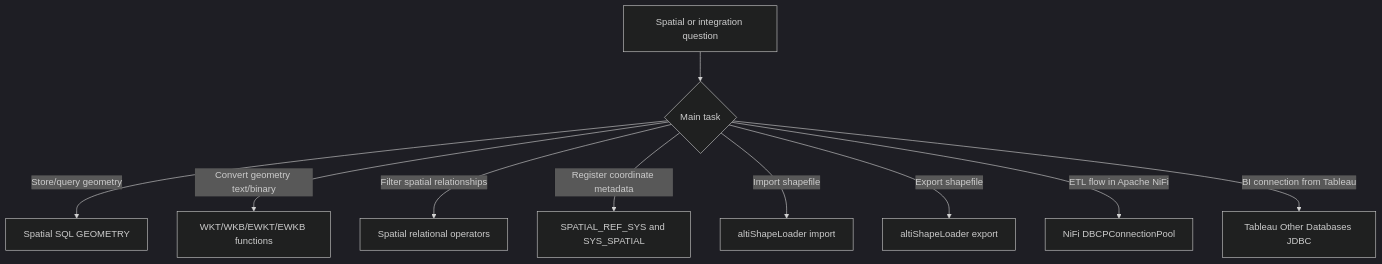
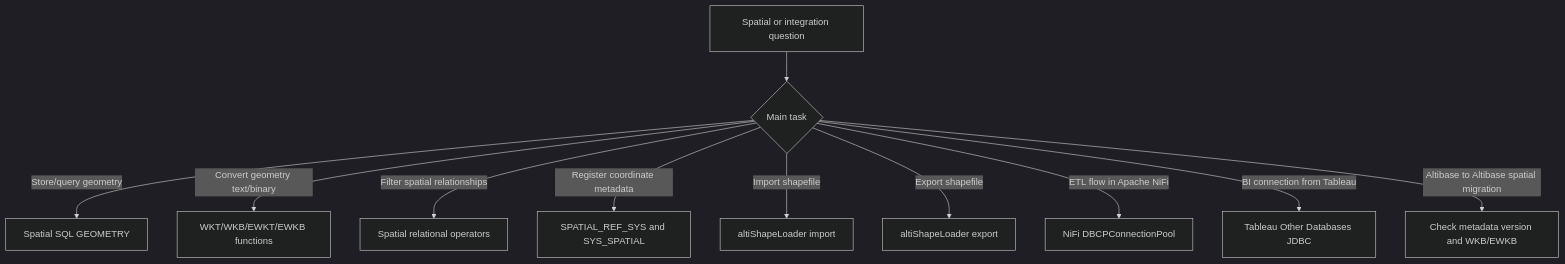
The first of 2 diagrams in GPTs/attachments/19_spatial_nifi_tableau_misc.md (et16kr/AltibaseDocuments), drawn with Mermaid (dark theme) before and after one commit. The commit also changed other lines of this file and 5 other files, not shown here.

Commit message:
J039 expand migration spatial integrations

````diff
--- a/GPTs/attachments/19_spatial_nifi_tableau_misc.md
+++ b/GPTs/attachments/19_spatial_nifi_tableau_misc.md
@@ -38,12 +39,13 @@
 ```mermaid
 flowchart TD
   A[Spatial or integration question] --> B{Main task}
   B -- Store/query geometry --> C[Spatial SQL GEOMETRY]
   B -- Convert geometry text/binary --> D[WKT/WKB/EWKT/EWKB functions]
   B -- Filter spatial relationships --> E[Spatial relational operators]
   B -- Register coordinate metadata --> F[SPATIAL_REF_SYS and SYS_SPATIAL]
   B -- Import shapefile --> G[altiShapeLoader import]
   B -- Export shapefile --> H[altiShapeLoader export]
   B -- ETL flow in Apache NiFi --> I[NiFi DBCPConnectionPool]
   B -- BI connection from Tableau --> J[Tableau Other Databases JDBC]
+  B -- Altibase to Altibase spatial migration --> K[Check metadata version and WKB/EWKB]
 ```
````
